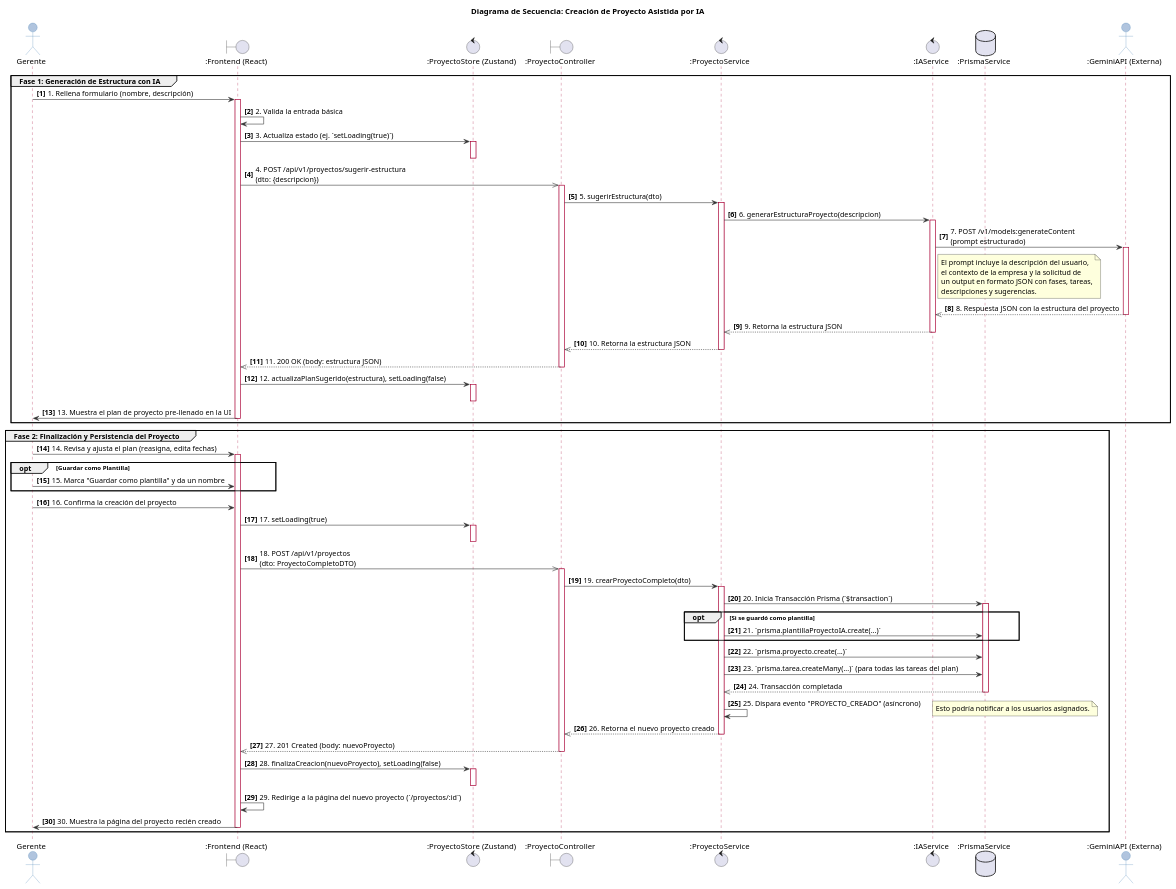
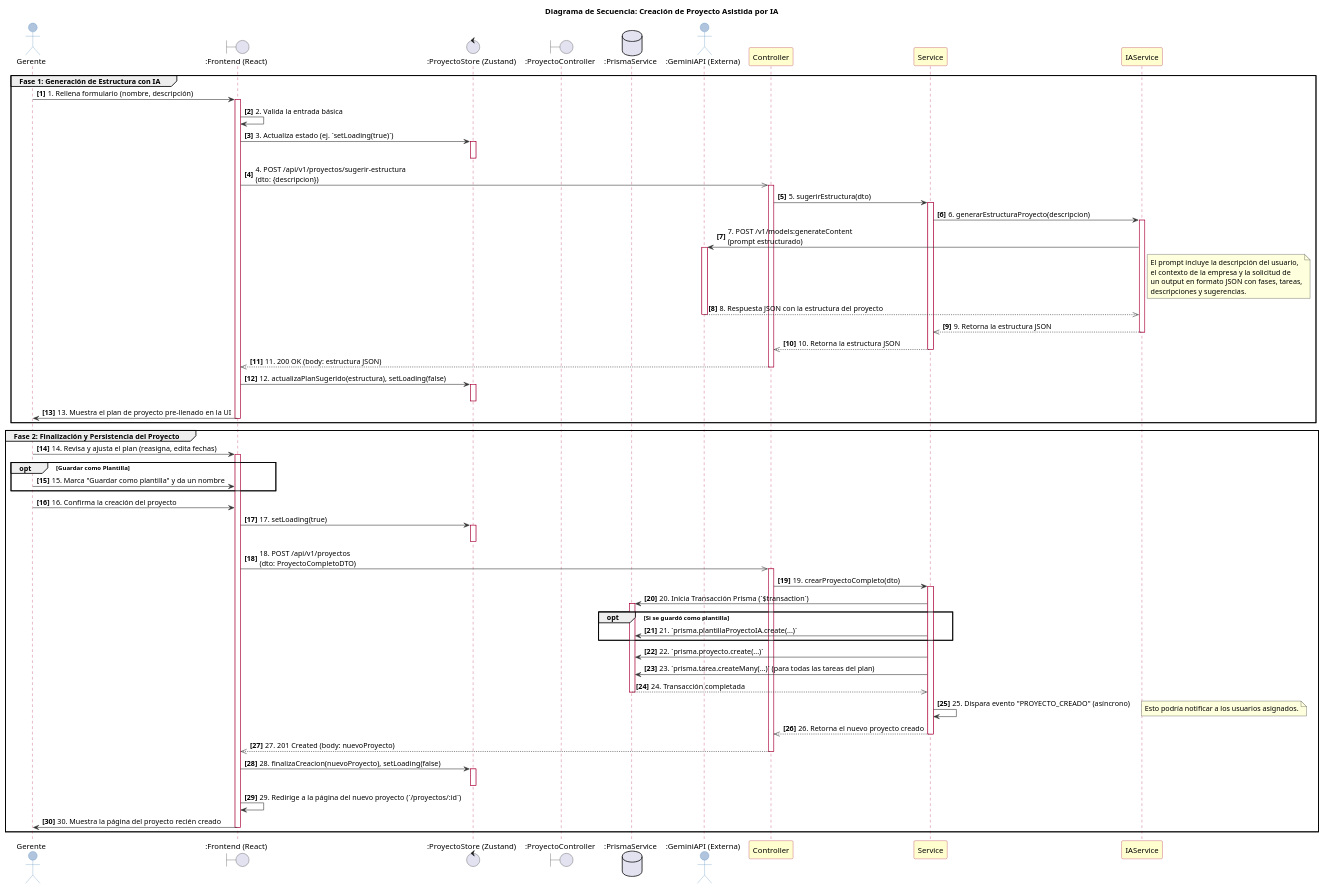
The diagram in uml-diagrams/Diagramas de Secuencia/Creacion_proyecto.wsd (EduardoTnc/xhion-core-monorepo), drawn with PlantUML before and after one commit. The commit also changed 35 other files, not shown here.

```diff
--- a/uml-diagrams/Diagramas de Secuencia/Creacion_proyecto.wsd
+++ b/uml-diagrams/Diagramas de Secuencia/Creacion_proyecto.wsd
@@ -1,128 +1,126 @@
 @startuml
 ' Título del Diagrama
 title Diagrama de Secuencia: Creación de Proyecto Asistida por IA
 
 ' Estilo del Diagrama
 skinparam sequence {
     ActorBorderColor #4682B4
     ActorBackgroundColor #B0C4DE
     ParticipantBorderColor #A80036
     ParticipantBackgroundColor #FEFECE
     ArrowColor #333333
     LifeLineBorderColor #A80036
 }
 autonumber "<b>[0]"
 
 ' --- PARTICIPANTES (Lifelines) ---
 actor Gerente
 boundary ":Frontend (React)" as FE
 control ":ProyectoStore (Zustand)" as Store
-boundary ":ProyectoController" as Controller
-control ":ProyectoService" as Service
-control ":IAService" as IAService
+boundary ":ProyectoController" as Controllerññññññ
 database ":PrismaService" as DB
 actor ":GeminiAPI (Externa)" as Gemini
 
 ' --- GRUPO 1: El Gerente inicia el proceso y la IA genera la estructura ---
 group Fase 1: Generación de Estructura con IA
 
     Gerente -> FE : 1. Rellena formulario (nombre, descripción)
     activate FE
 
     FE -> FE : 2. Valida la entrada básica
     FE -> Store : 3. Actualiza estado (ej. `setLoading(true)`)
     activate Store
     deactivate Store
 
     FE ->> Controller : 4. POST /api/v1/proyectos/sugerir-estructura\n(dto: {descripcion})
     activate Controller
 
     Controller -> Service : 5. sugerirEstructura(dto)
     activate Service
 
     Service -> IAService : 6. generarEstructuraProyecto(descripcion)
     activate IAService
 
     IAService -> Gemini : 7. POST /v1/models:generateContent\n(prompt estructurado)
     note right of IAService
         El prompt incluye la descripción del usuario,
         el contexto de la empresa y la solicitud de
         un output en formato JSON con fases, tareas,
         descripciones y sugerencias.
     end note
     activate Gemini
 
     Gemini -->> IAService : 8. Respuesta JSON con la estructura del proyecto
     deactivate Gemini
     IAService -->> Service : 9. Retorna la estructura JSON
     deactivate IAService
 
     Service -->> Controller : 10. Retorna la estructura JSON
     deactivate Service
 
     Controller -->> FE : 11. 200 OK (body: estructura JSON)
     deactivate Controller
 
     FE -> Store : 12. actualizaPlanSugerido(estructura), setLoading(false)
     activate Store
     deactivate Store
 
     FE -> Gerente : 13. Muestra el plan de proyecto pre-llenado en la UI
     deactivate FE
 
 end
 
 ' --- GRUPO 2: El Gerente revisa, ajusta y finaliza la creación ---
 group Fase 2: Finalización y Persistencia del Proyecto
 
     Gerente -> FE : 14. Revisa y ajusta el plan (reasigna, edita fechas)
     activate FE
 
     opt Guardar como Plantilla
         Gerente -> FE : 15. Marca "Guardar como plantilla" y da un nombre
     end
 
     Gerente -> FE : 16. Confirma la creación del proyecto
     FE -> Store : 17. setLoading(true)
     activate Store
     deactivate Store
 
     FE ->> Controller : 18. POST /api/v1/proyectos\n(dto: ProyectoCompletoDTO)
     activate Controller
 
     Controller -> Service : 19. crearProyectoCompleto(dto)
     activate Service
 
     Service -> DB : 20. Inicia Transacción Prisma (`$transaction`)
     activate DB
     
     opt Si se guardó como plantilla
         Service -> DB : 21. `prisma.plantillaProyectoIA.create(...)`
     end
 
     Service -> DB : 22. `prisma.proyecto.create(...)`
   Service -> DB : 23. `prisma.tarea.createMany(...)` (para todas las tareas del plan)
 
     DB -->> Service : 24. Transacción completada
     deactivate DB
     
     ' Notificaciones asíncronas
     Service -> Service : 25. Dispara evento "PROYECTO_CREADO" (asíncrono)
     note right: Esto podría notificar a los usuarios asignados.
 
     Service -->> Controller : 26. Retorna el nuevo proyecto creado
     deactivate Service
 
     Controller -->> FE : 27. 201 Created (body: nuevoProyecto)
     deactivate Controller
 
     FE -> Store : 28. finalizaCreacion(nuevoProyecto), setLoading(false)
     activate Store
     deactivate Store
     
     FE -> FE : 29. Redirige a la página del nuevo proyecto (`/proyectos/:id`)
     FE -> Gerente : 30. Muestra la página del proyecto recién creado
     deactivate FE
 
 end
 @enduml
```
